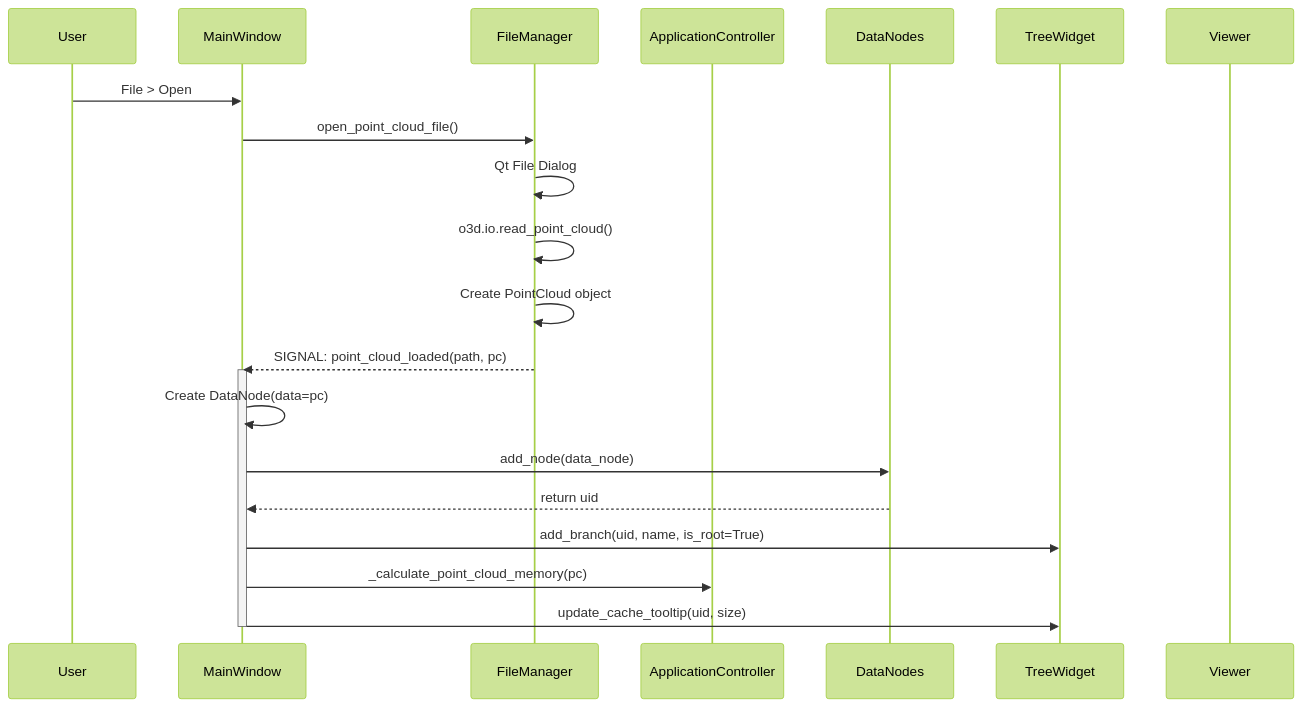
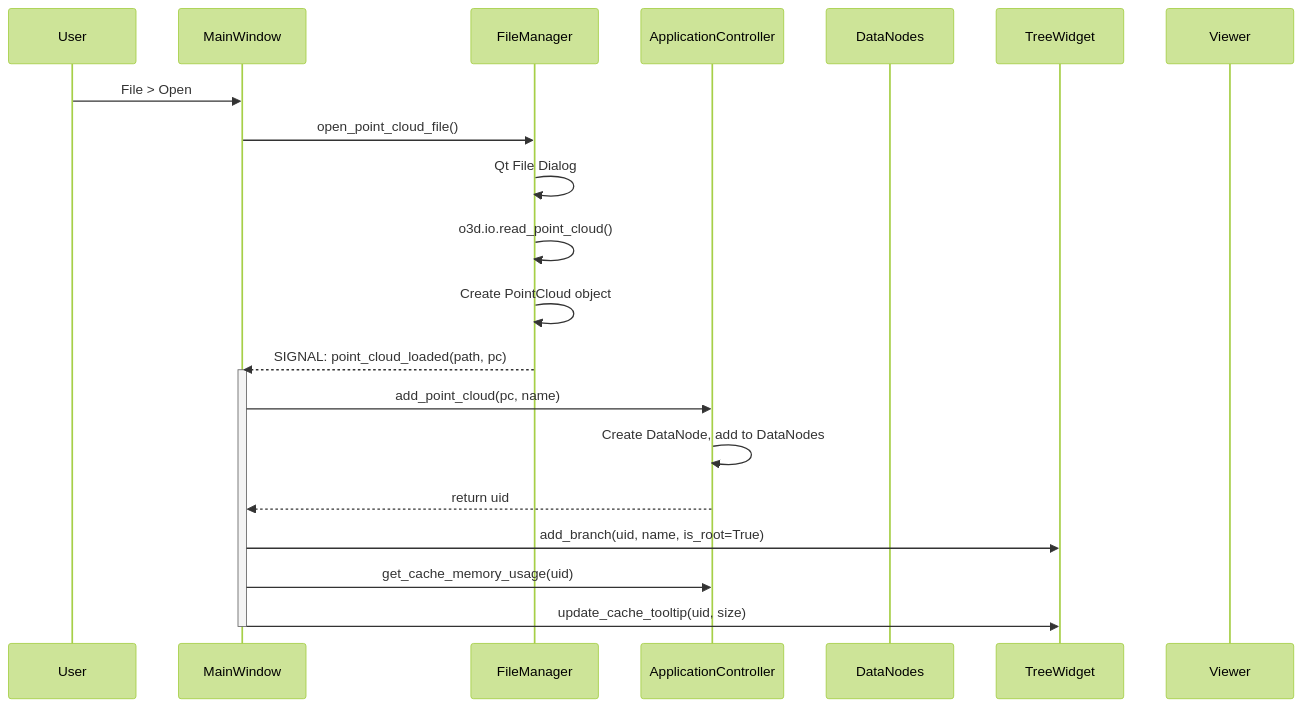
Before and after one commit to Sepehr-Sobhani-AU/SPCToolkit: the third of 8 diagrams in ARCHITECTURE.md, drawn with Mermaid (forest theme). The commit also changed other lines of this file, not shown here.

First line of the commit message:
Fix 17 inaccuracies in ARCHITECTURE.md to match actual codebase

````diff
--- a/ARCHITECTURE.md
+++ b/ARCHITECTURE.md
@@ -185,27 +199,27 @@
 ```mermaid
 sequenceDiagram
     participant User
     participant MW as MainWindow
     participant FM as FileManager
     participant AC as ApplicationController
     participant DN as DataNodes
     participant TW as TreeWidget
     participant PV as Viewer
 
     User->>MW: File > Open
     MW->>FM: open_point_cloud_file()
     FM->>FM: Qt File Dialog
     FM->>FM: o3d.io.read_point_cloud()
     FM->>FM: Create PointCloud object
 
     FM-->>MW: SIGNAL: point_cloud_loaded(path, pc)
 
     activate MW
-    MW->>MW: Create DataNode(data=pc)
-    MW->>DN: add_node(data_node)
-    DN-->>MW: return uid
+    MW->>AC: add_point_cloud(pc, name)
+    AC->>AC: Create DataNode, add to DataNodes
+    AC-->>MW: return uid
     MW->>TW: add_branch(uid, name, is_root=True)
-    MW->>AC: _calculate_point_cloud_memory(pc)
+    MW->>AC: get_cache_memory_usage(uid)
     MW->>TW: update_cache_tooltip(uid, size)
     deactivate MW
 ```
````
